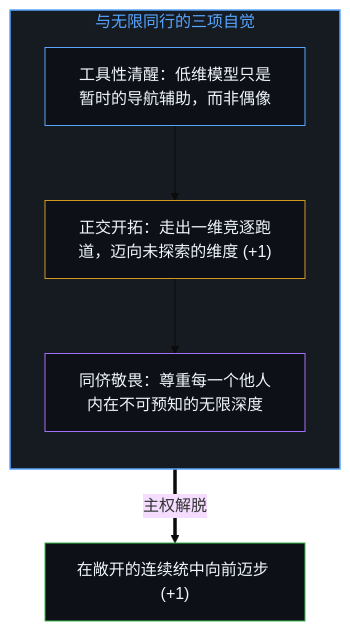
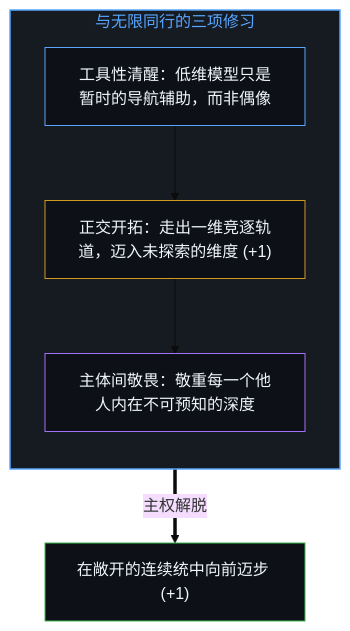
The ninth of 10 diagrams in content/posts/the-shadow-and-the-infinite.md (powerpig99/not-a-toe), drawn with Mermaid (base theme) before and after one commit. The commit also changed other lines of this file and 5 other files, not shown here.

````diff
--- a/content/posts/the-shadow-and-the-infinite.md
+++ b/content/posts/the-shadow-and-the-infinite.md
@@ -295,20 +269,18 @@
 ```mermaid
 flowchart TD
-    subgraph ThreeEthicalRules["与无限同行的三项自觉"]
+    subgraph ThreeEthicalRules["与无限同行的三项修习"]
         direction TB
         Rule1["工具性清醒：低维模型只是暂时的导航辅助，而非偶像"]
-        Rule2["正交开拓：走出一维竞逐跑道，迈向未探索的维度 (+1)"]
-        Rule3["同侪敬畏：尊重每一个他人内在不可预知的无限深度"]
+        Rule2["正交开拓：走出一维竞逐轨道，迈入未探索的维度 (+1)"]
+        Rule3["主体间敬畏：敬重每一个他人内在不可预知的深度"]
         Rule1 --> Rule2
         Rule2 --> Rule3
     end
-
     OpenLivingField["在敞开的连续统中向前迈步 (+1)"]
     Rule3 ==>|"主权解脱"| OpenLivingField
-
     style ThreeEthicalRules fill:#161b22,stroke:#58a6ff,stroke-width:1.5px,color:#58a6ff
     style Rule1 fill:#0d1117,stroke:#58a6ff,stroke-width:1px,color:#f0f6fc
     style Rule2 fill:#0d1117,stroke:#d29922,stroke-width:1px,color:#f0f6fc
     style Rule3 fill:#0d1117,stroke:#a371f7,stroke-width:1px,color:#f0f6fc
     style OpenLivingField fill:#0d1117,stroke:#3fb950,stroke-width:1px,color:#f0f6fc
 ```
````
